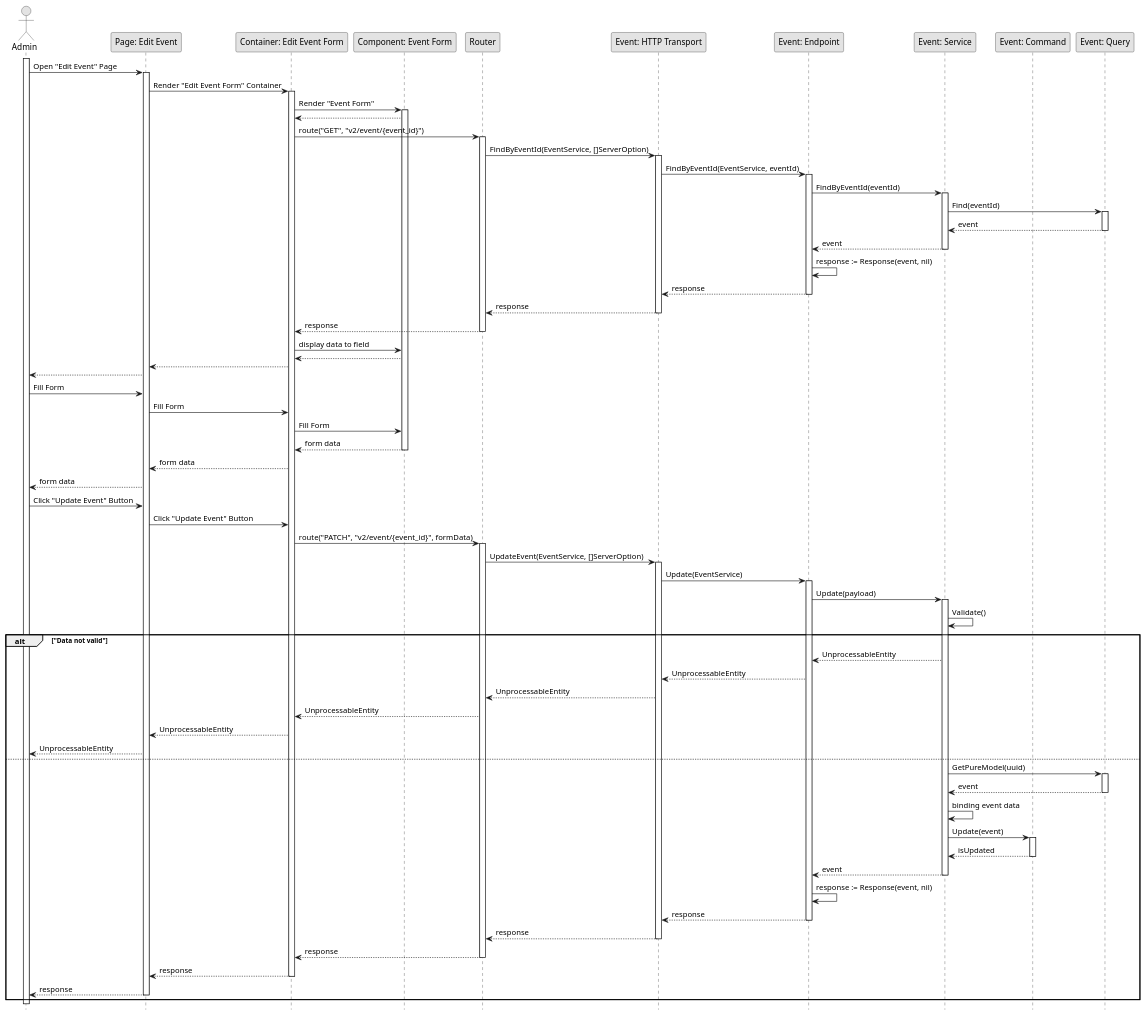
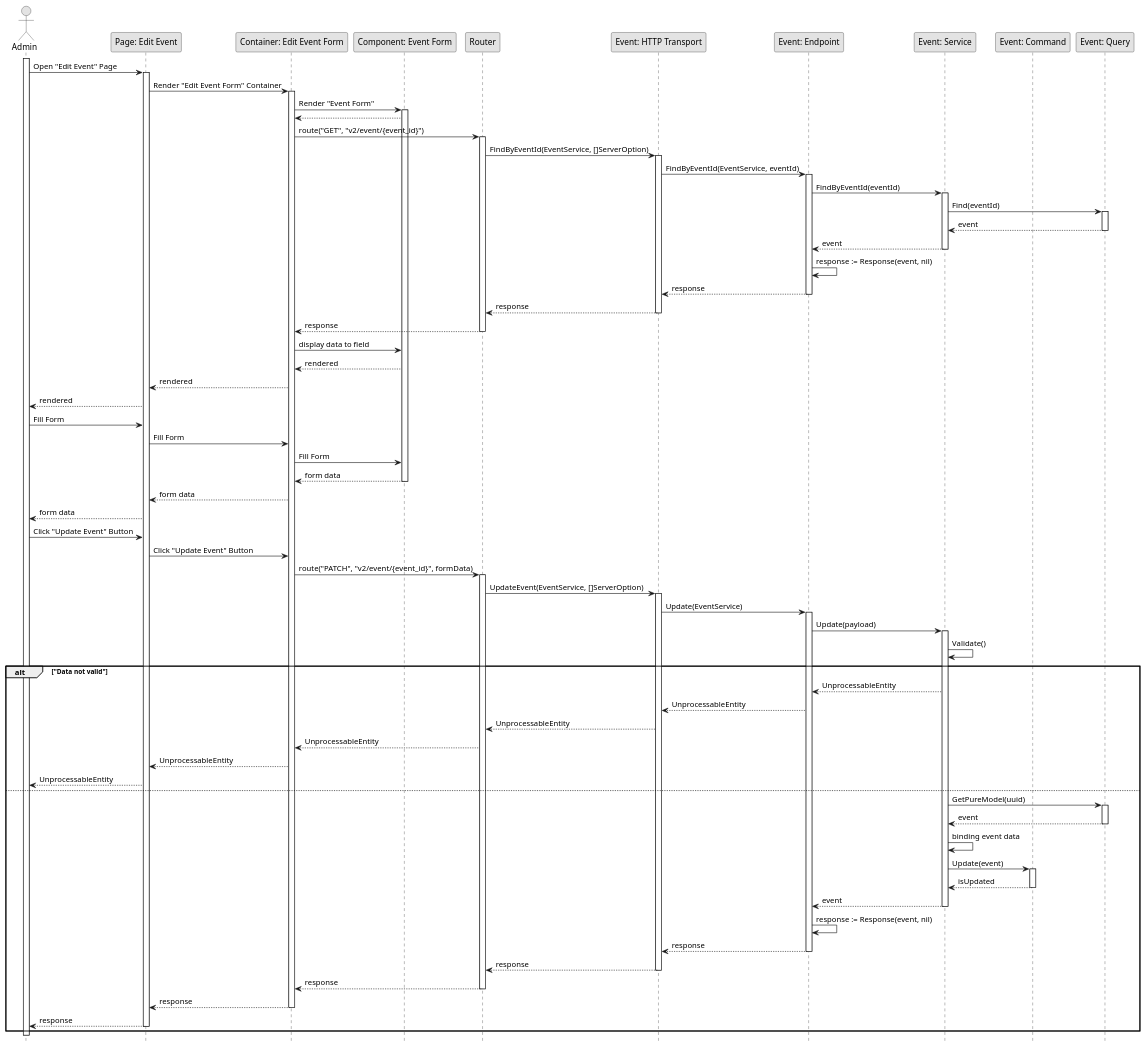
Before and after one commit to fwidjaya20/fazzlearning-uml: the diagram in Sequence/Release01/UpdateEvent.wsd, drawn with PlantUML. The commit also changed 15 other files, not shown here.

Commit message:
fix(sequence): adding return wording

```diff
--- a/Sequence/Release01/UpdateEvent.wsd
+++ b/Sequence/Release01/UpdateEvent.wsd
@@ -1,107 +1,107 @@
 @startuml UpdateEvent
 
 skinparam Monochrome true
 skinparam Shadowing false
 hide footbox
 
 actor Admin
 participant "Page: Edit Event" as EditEventPage
 participant "Container: Edit Event Form" as EditEventFormContainer
 participant "Component: Event Form" as EventForm
 participant "Router" as Router
 participant "Event: HTTP Transport" as EventHTTPTransport
 participant "Event: Endpoint" as EventEndpoint
 participant "Event: Service" as EventService
 participant "Event: Command" as EventCommand
 participant "Event: Query" as EventQuery
 
 activate Admin
 
 Admin->EditEventPage: Open "Edit Event" Page
 activate EditEventPage
 EditEventPage->EditEventFormContainer: Render "Edit Event Form" Container
 activate EditEventFormContainer
 EditEventFormContainer->EventForm: Render "Event Form"
 activate EventForm
 EventForm-->EditEventFormContainer
 EditEventFormContainer->Router: route("GET", "v2/event/{event_id}")
 activate Router
 Router->EventHTTPTransport: FindByEventId(EventService, []ServerOption)
 activate EventHTTPTransport
 EventHTTPTransport->EventEndpoint: FindByEventId(EventService, eventId)
 activate EventEndpoint
 EventEndpoint->EventService: FindByEventId(eventId)
 activate EventService
 EventService->EventQuery: Find(eventId)
 activate EventQuery
 EventQuery-->EventService: event
 deactivate EventQuery
 EventService-->EventEndpoint: event
 deactivate EventService
 EventEndpoint->EventEndpoint: response := Response(event, nil)
 EventEndpoint-->EventHTTPTransport: response
 deactivate EventEndpoint
 EventHTTPTransport-->Router: response
 deactivate EventHTTPTransport
 Router-->EditEventFormContainer: response
 deactivate Router
 EditEventFormContainer->EventForm: display data to field
-EventForm-->EditEventFormContainer
-EditEventFormContainer-->EditEventPage
-EditEventPage-->Admin
+EventForm-->EditEventFormContainer: rendered
+EditEventFormContainer-->EditEventPage: rendered
+EditEventPage-->Admin: rendered
 
 Admin->EditEventPage: Fill Form
 EditEventPage->EditEventFormContainer: Fill Form
 EditEventFormContainer->EventForm: Fill Form
 EventForm-->EditEventFormContainer: form data
 deactivate EventForm
 EditEventFormContainer-->EditEventPage: form data
 EditEventPage-->Admin: form data
 
 Admin->EditEventPage: Click "Update Event" Button
 EditEventPage->EditEventFormContainer: Click "Update Event" Button
 EditEventFormContainer->Router: route("PATCH", "v2/event/{event_id}", formData)
 activate Router
 Router->EventHTTPTransport: UpdateEvent(EventService, []ServerOption)
 activate EventHTTPTransport
 EventHTTPTransport->EventEndpoint: Update(EventService)
 activate EventEndpoint
 EventEndpoint->EventService: Update(payload)
 activate EventService
 EventService->EventService: Validate()
 
 alt "Data not valid"
     EventService-->EventEndpoint: UnprocessableEntity
     EventEndpoint-->EventHTTPTransport: UnprocessableEntity
     EventHTTPTransport-->Router: UnprocessableEntity
     Router-->EditEventFormContainer: UnprocessableEntity
     EditEventFormContainer-->EditEventPage: UnprocessableEntity
     EditEventPage-->Admin: UnprocessableEntity
 else
     EventService->EventQuery: GetPureModel(uuid)
     activate EventQuery
     EventQuery-->EventService: event
     deactivate EventQuery
     EventService->EventService: binding event data
     EventService->EventCommand: Update(event)
     activate EventCommand
     EventCommand-->EventService: isUpdated
     deactivate EventCommand
     EventService-->EventEndpoint: event
     deactivate EventService
     EventEndpoint->EventEndpoint: response := Response(event, nil)
     EventEndpoint-->EventHTTPTransport: response
     deactivate EventEndpoint
     EventHTTPTransport-->Router: response
     deactivate EventHTTPTransport
     Router-->EditEventFormContainer: response
     deactivate Router
     EditEventFormContainer-->EditEventPage: response
     deactivate EditEventFormContainer
     EditEventPage-->Admin: response
     deactivate EditEventPage
 end
 
 deactivate Admin
 
 @enduml
```
